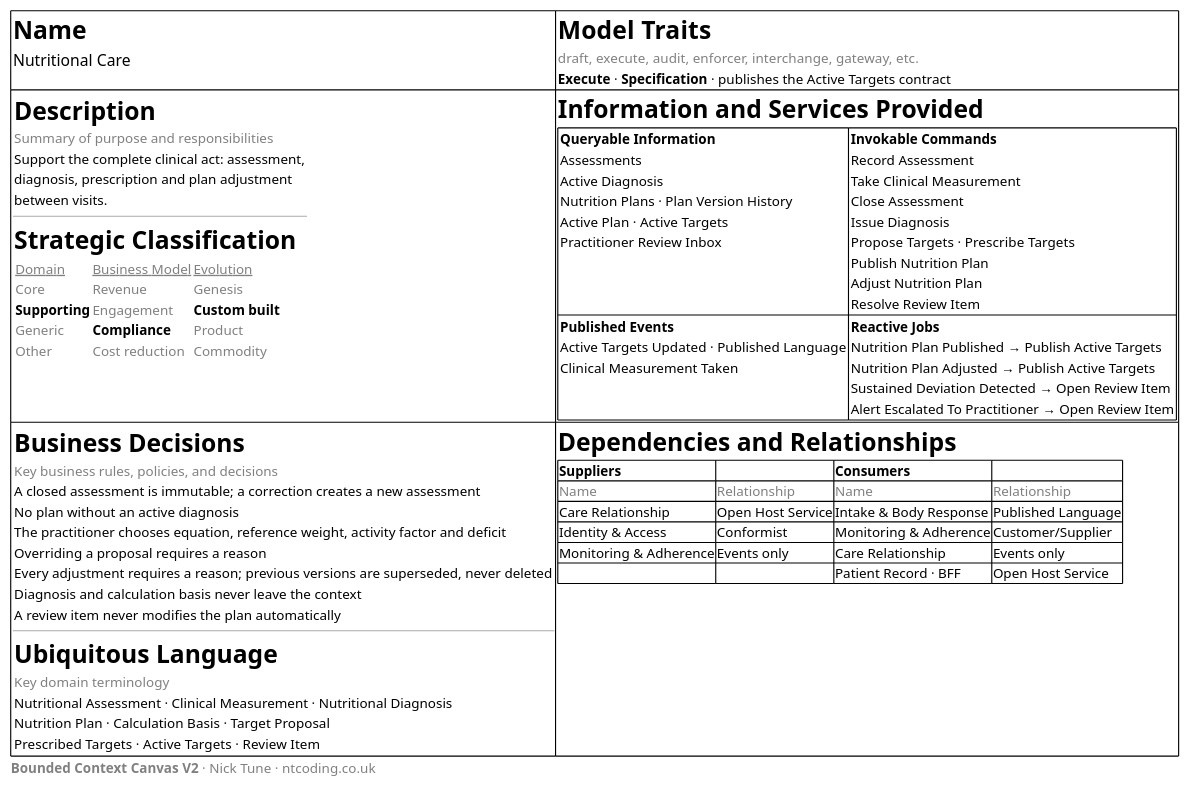
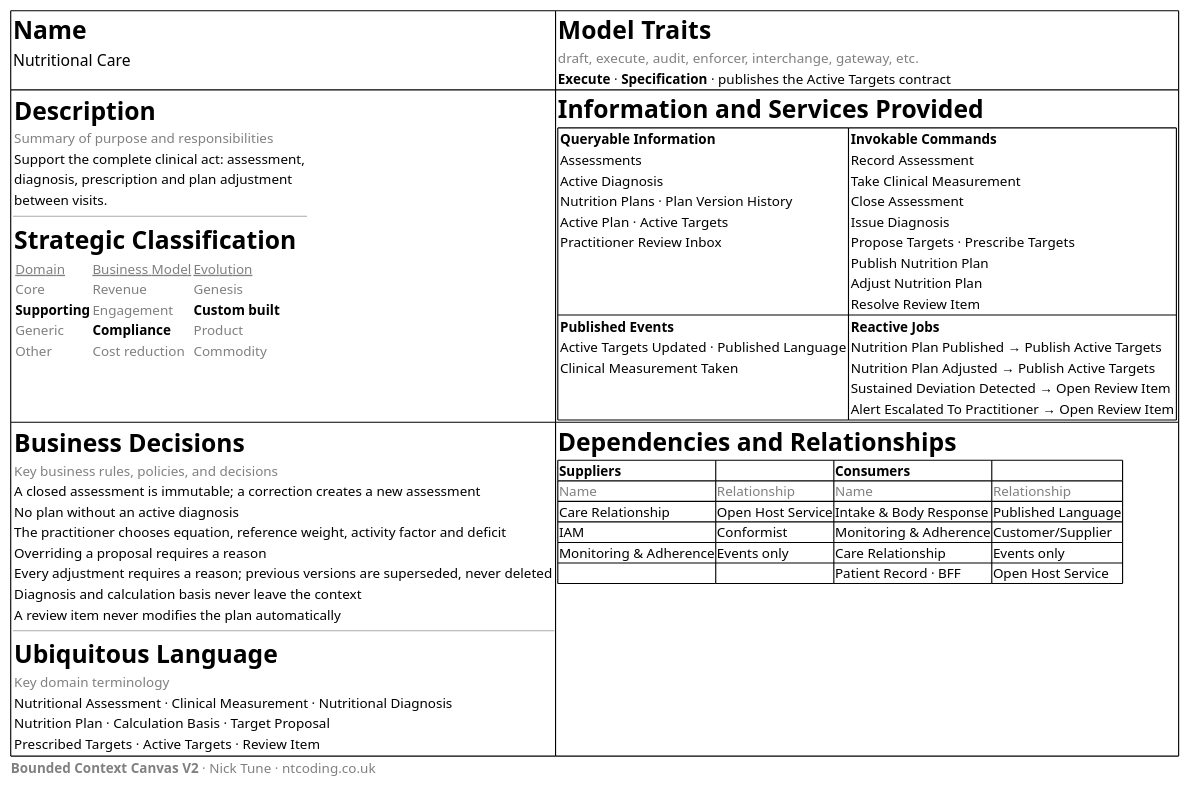
The diagram in docs/bounded-context-canvas/nutritional-care.puml (upc-pre-202620-1acc0238-13981-nutrisync/healthify-report), drawn with PlantUML before and after one commit. The commit also changed 3 other files, not shown here.

Commit message:
fix(diagrams): align bounded context canvases and C4 components with IAM and scheduled policies

```diff
--- a/docs/bounded-context-canvas/nutritional-care.puml
+++ b/docs/bounded-context-canvas/nutritional-care.puml
@@ -1,99 +1,99 @@
 @startsalt
 {
 {#
 {
 <size:22><b>Name</b></size>
 <size:14>Nutritional Care</size>
 } | {
 <size:22><b>Model Traits</b></size>
 <color:gray>draft, execute, audit, enforcer, interchange, gateway, etc.</color>
 <b>Execute</b> · <b>Specification</b> · publishes the Active Targets contract
 }
 {
 {
 <size:22><b>Description</b></size>
 <color:gray>Summary of purpose and responsibilities</color>
 Support the complete clinical act: assessment,
 diagnosis, prescription and plan adjustment
 between visits.
 }
 --
 {
 <size:22><b>Strategic Classification</b></size>
 {
 <color:gray><u>Domain</u></color> | <color:gray><u>Business Model</u></color> | <color:gray><u>Evolution</u></color>
 <color:gray>Core</color> | <color:gray>Revenue</color> | <color:gray>Genesis</color>
 <b>Supporting</b> | <color:gray>Engagement</color> | <b>Custom built</b>
 <color:gray>Generic</color> | <b>Compliance</b> | <color:gray>Product</color>
 <color:gray>Other</color> | <color:gray>Cost reduction</color> | <color:gray>Commodity</color>
 }
 }
 } | {
 <size:22><b>Information and Services Provided</b></size>
 {#
 {
 <b>Queryable Information</b>
 Assessments
 Active Diagnosis
 Nutrition Plans · Plan Version History
 Active Plan · Active Targets
 Practitioner Review Inbox
 } | {
 <b>Invokable Commands</b>
 Record Assessment
 Take Clinical Measurement
 Close Assessment
 Issue Diagnosis
 Propose Targets · Prescribe Targets
 Publish Nutrition Plan
 Adjust Nutrition Plan
 Resolve Review Item
 }
 {
 <b>Published Events</b>
 Active Targets Updated · Published Language
 Clinical Measurement Taken
 } | {
 <b>Reactive Jobs</b>
 Nutrition Plan Published → Publish Active Targets
 Nutrition Plan Adjusted → Publish Active Targets
 Sustained Deviation Detected → Open Review Item
 Alert Escalated To Practitioner → Open Review Item
 }
 }
 }
 {
 {
 <size:22><b>Business Decisions</b></size>
 <color:gray>Key business rules, policies, and decisions</color>
 A closed assessment is immutable; a correction creates a new assessment
 No plan without an active diagnosis
 The practitioner chooses equation, reference weight, activity factor and deficit
 Overriding a proposal requires a reason
 Every adjustment requires a reason; previous versions are superseded, never deleted
 Diagnosis and calculation basis never leave the context
 A review item never modifies the plan automatically
 }
 --
 {
 <size:22><b>Ubiquitous Language</b></size>
 <color:gray>Key domain terminology</color>
 Nutritional Assessment · Clinical Measurement · Nutritional Diagnosis
 Nutrition Plan · Calculation Basis · Target Proposal
 Prescribed Targets · Active Targets · Review Item
 }
 } | {
 <size:22><b>Dependencies and Relationships</b></size>
 {#
 <b>Suppliers</b> | . | <b>Consumers</b> | .
 <color:gray>Name</color> | <color:gray>Relationship</color> | <color:gray>Name</color> | <color:gray>Relationship</color>
 Care Relationship | Open Host Service | Intake & Body Response | Published Language
-Identity & Access | Conformist | Monitoring & Adherence | Customer/Supplier
+IAM | Conformist | Monitoring & Adherence | Customer/Supplier
 Monitoring & Adherence | Events only | Care Relationship | Events only
 . | . | Patient Record · BFF | Open Host Service
 }
 }
 }
 <color:gray><b>Bounded Context Canvas V2</b> · Nick Tune · ntcoding.co.uk</color>
 }
 @endsalt
```
